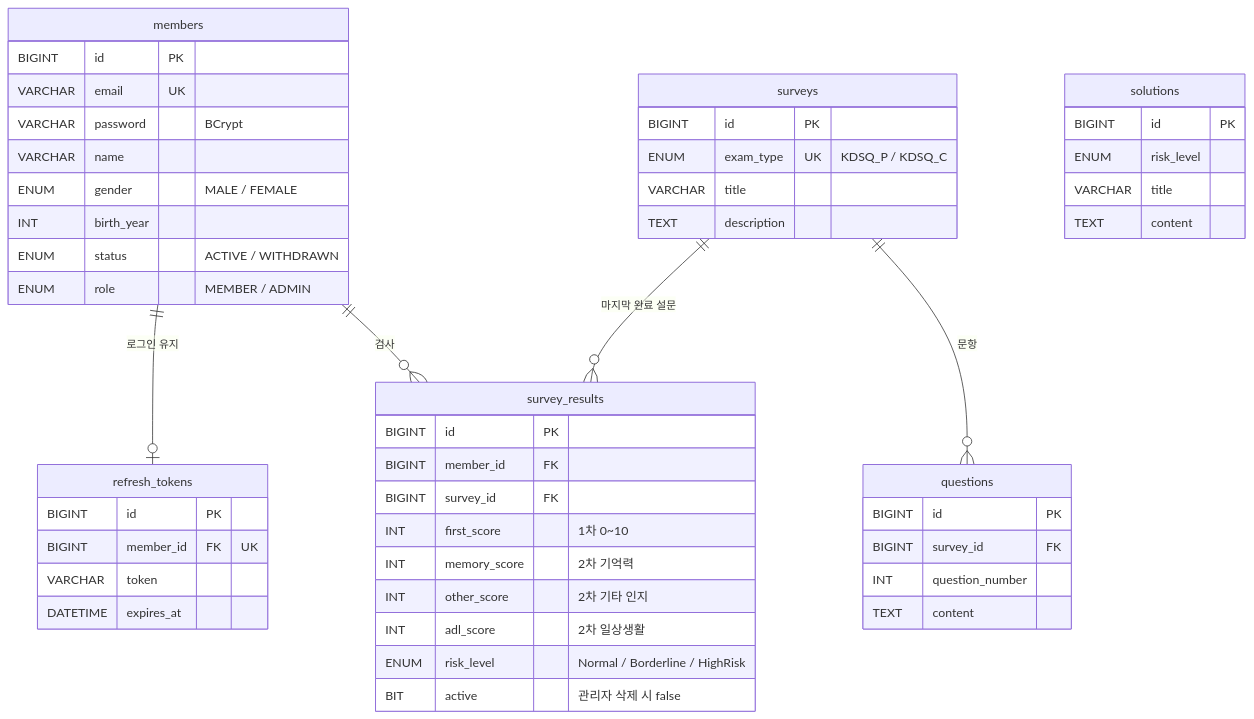
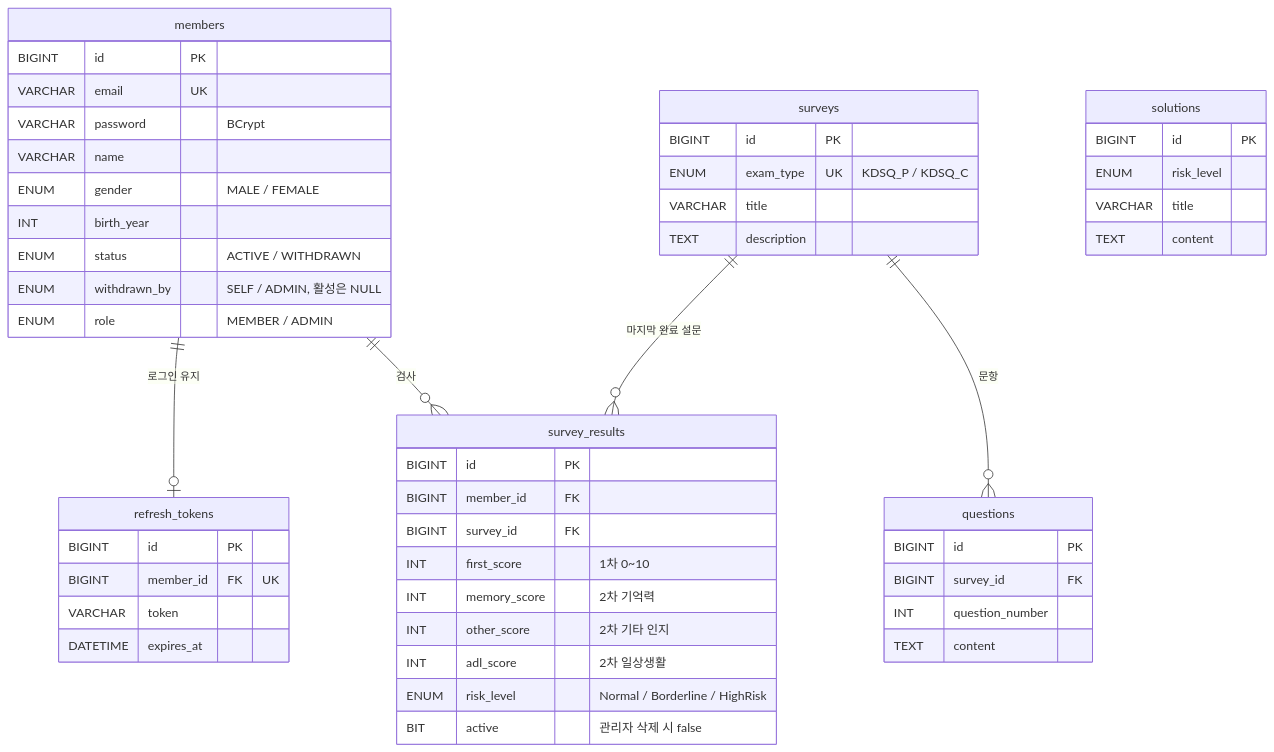
The third of 3 diagrams in README.md (ekdud01/Mini_Project_2), drawn with Mermaid before and after one commit. The commit also changed other lines of this file, not shown here.

````diff
--- a/README.md
+++ b/README.md
@@ -146,53 +146,54 @@
 ```mermaid
 erDiagram
     members ||--o{ survey_results : "검사"
     surveys ||--o{ questions : "문항"
     surveys ||--o{ survey_results : "마지막 완료 설문"
     members ||--o| refresh_tokens : "로그인 유지"
 
     members {
         BIGINT id PK
         VARCHAR email UK
         VARCHAR password "BCrypt"
         VARCHAR name
         ENUM gender "MALE / FEMALE"
         INT birth_year
         ENUM status "ACTIVE / WITHDRAWN"
+        ENUM withdrawn_by "SELF / ADMIN, 활성은 NULL"
         ENUM role "MEMBER / ADMIN"
     }
     surveys {
         BIGINT id PK
         ENUM exam_type UK "KDSQ_P / KDSQ_C"
         VARCHAR title
         TEXT description
     }
     questions {
         BIGINT id PK
         BIGINT survey_id FK
         INT question_number
         TEXT content
     }
     survey_results {
         BIGINT id PK
         BIGINT member_id FK
         BIGINT survey_id FK
         INT first_score "1차 0~10"
         INT memory_score "2차 기억력"
         INT other_score "2차 기타 인지"
         INT adl_score "2차 일상생활"
         ENUM risk_level "Normal / Borderline / HighRisk"
         BIT active "관리자 삭제 시 false"
     }
     solutions {
         BIGINT id PK
         ENUM risk_level
         VARCHAR title
         TEXT content
     }
     refresh_tokens {
         BIGINT id PK
         BIGINT member_id FK "UK"
         VARCHAR token
         DATETIME expires_at
     }
 ```
````
